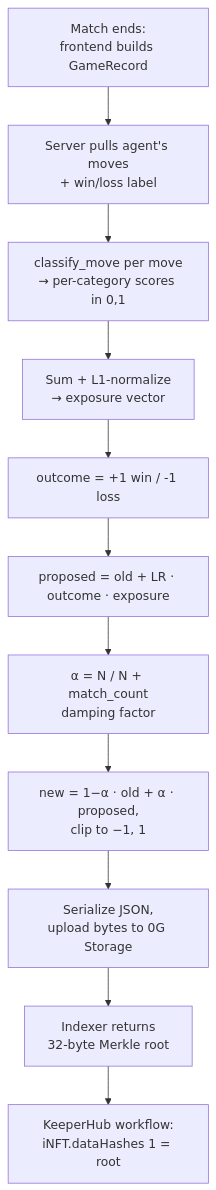
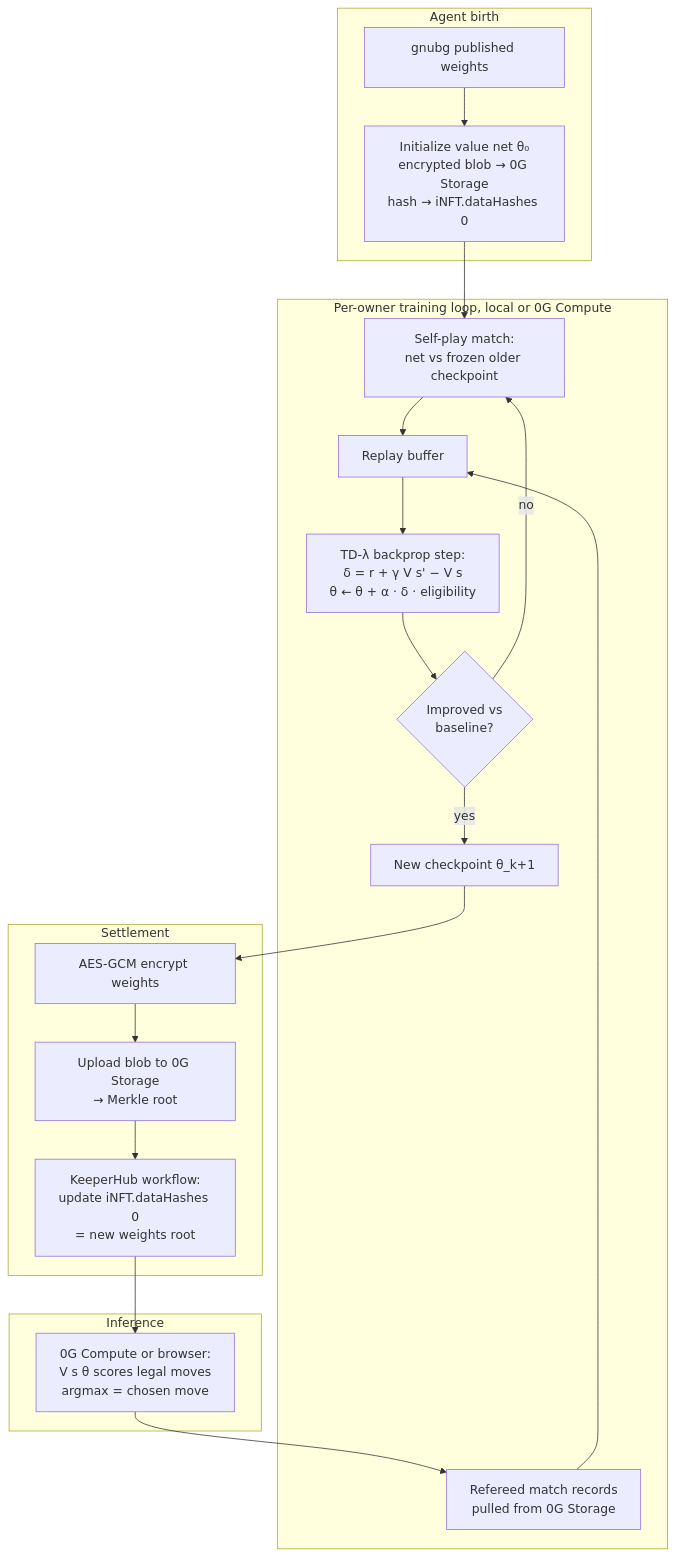
The diagram in README.md (oslinin/chaingammon), drawn with Mermaid before and after one commit. The commit also changed other lines of this file, not shown here.

First line of the commit message:
README: rewrite training section to match the post-pivot NN plan

````diff
--- a/README.md
+++ b/README.md
@@ -172,13 +182,27 @@
 ```mermaid
 flowchart TD
-    A[Match ends:<br/>frontend builds GameRecord] --> B[Server pulls agent's moves<br/>+ win/loss label]
-    B --> C[classify_move per move<br/>→ per-category scores in 0,1]
-    C --> D[Sum + L1-normalize<br/>→ exposure vector]
-    D --> E[outcome = +1 win / -1 loss]
-    E --> F[proposed = old + LR · outcome · exposure]
-    F --> G[α = N / N + match_count<br/>damping factor]
-    G --> H[new = 1−α · old + α · proposed,<br/>clip to −1, 1]
-    H --> I[Serialize JSON,<br/>upload bytes to 0G Storage]
-    I --> J[Indexer returns<br/>32-byte Merkle root]
-    J --> K[KeeperHub workflow:<br/>iNFT.dataHashes 1 = root]
+    subgraph Birth[Agent birth]
+      G[gnubg published weights] --> I[Initialize value net θ₀<br/>encrypted blob → 0G Storage<br/>hash → iNFT.dataHashes 0]
+    end
+
+    subgraph Train[Per-owner training loop, local or 0G Compute]
+      I --> SP[Self-play match:<br/>net vs frozen older checkpoint]
+      RM[Refereed match records<br/>pulled from 0G Storage] --> RP[Replay buffer]
+      SP --> RP
+      RP --> TD[TD-λ backprop step:<br/>δ = r + γ V s' − V s<br/>θ ← θ + α · δ · eligibility]
+      TD --> CK{Improved vs<br/>baseline?}
+      CK -- yes --> NEW[New checkpoint θ_k+1]
+      CK -- no --> SP
+    end
+
+    subgraph Settle[Settlement]
+      NEW --> ENC[AES-GCM encrypt weights]
+      ENC --> S[Upload blob to 0G Storage<br/>→ Merkle root]
+      S --> KH[KeeperHub workflow:<br/>update iNFT.dataHashes 0<br/>= new weights root]
+    end
+
+    subgraph Play[Inference]
+      KH --> INF[0G Compute or browser:<br/>V s θ scores legal moves<br/>argmax = chosen move]
+      INF --> RM
+    end
 ```
````
